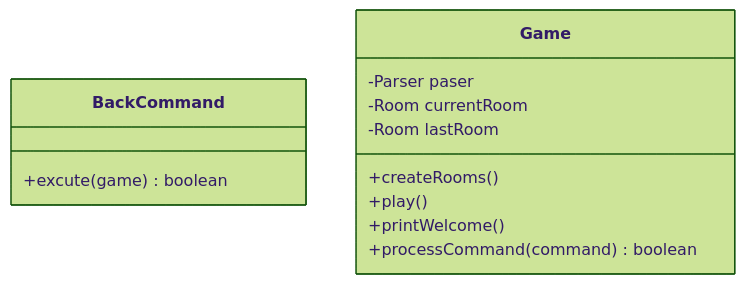
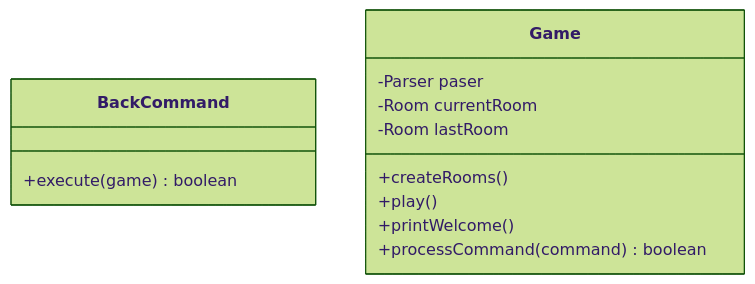
The fourth of 7 diagrams in REPORT.md (wutcst/sept1-wjycn2000), drawn with Mermaid (forest theme) before and after one commit. The commit also changed other lines of this file and 14 other files, not shown here.

````diff
--- a/REPORT.md
+++ b/REPORT.md
@@ -185,16 +185,16 @@
 ```mermaid
 classDiagram
 class BackCommand{
-	+excute(game) boolean
+	+execute(game) boolean
 }
 
 class Game{
 	-Parser paser
 	-Room currentRoom
 	-Room lastRoom
 	+createRooms()
 	+play()
 	+printWelcome()
 	+processCommand(command) boolean
 }
 ```
````
